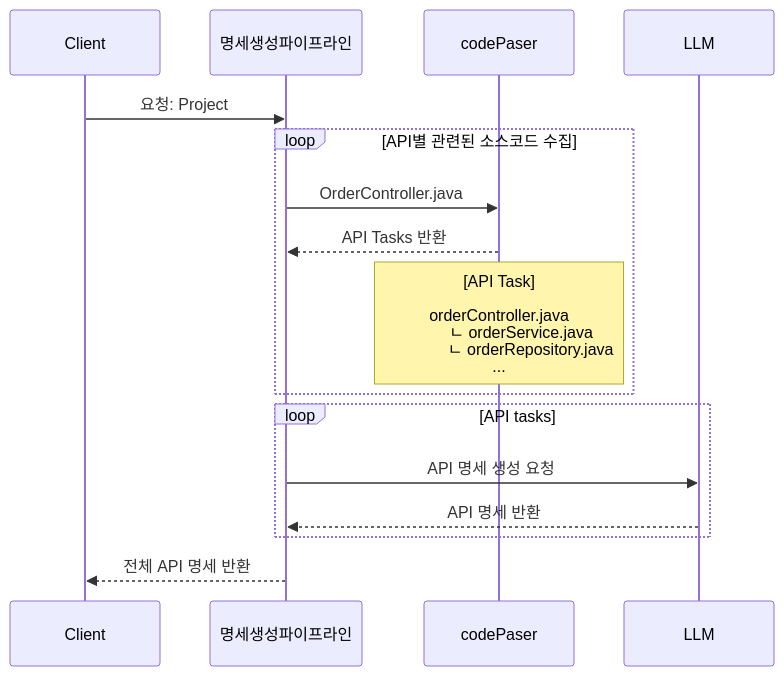
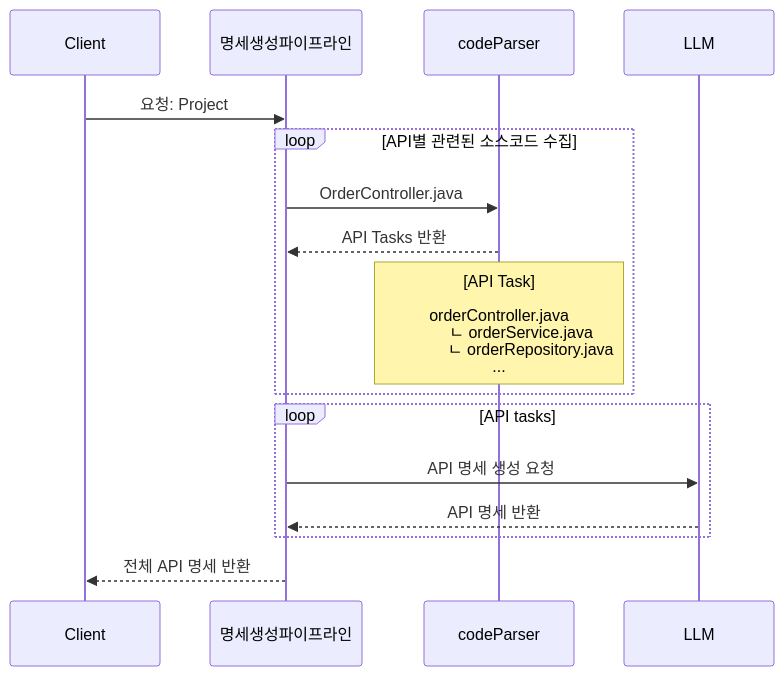
The first of 3 diagrams in README.md (APIDOC43/SpringBoot-Saas), drawn with Mermaid before and after one commit. The commit also changed other lines of this file, not shown here.

````diff
--- a/README.md
+++ b/README.md
@@ -20,25 +20,25 @@
 ```mermaid
 
 sequenceDiagram
    participant Client as Client
    participant Pipeline as 명세생성파이프라인
-   participant Collector as codePaser
+   participant Collector as codeParser
    participant LLM as LLM
    
    Client ->> Pipeline: 요청: Project
     loop API별 관련된 소스코드 수집
    Pipeline ->> Collector: OrderController.java
    
    Collector -->> Pipeline: API Tasks 반환
    note over Collector: [API Task]<br><br>orderController.java <br> ㅤㅤㅤㄴ orderService.java <br>  ㅤㅤ ㅤㅤㄴ orderRepository.java <br>...
         
        end
    loop API tasks
        Pipeline ->> LLM: API 명세 생성 요청
        
        LLM -->> Pipeline: API 명세 반환
    end
    
    Pipeline -->> Client: 전체 API 명세 반환
 
 ```
````
